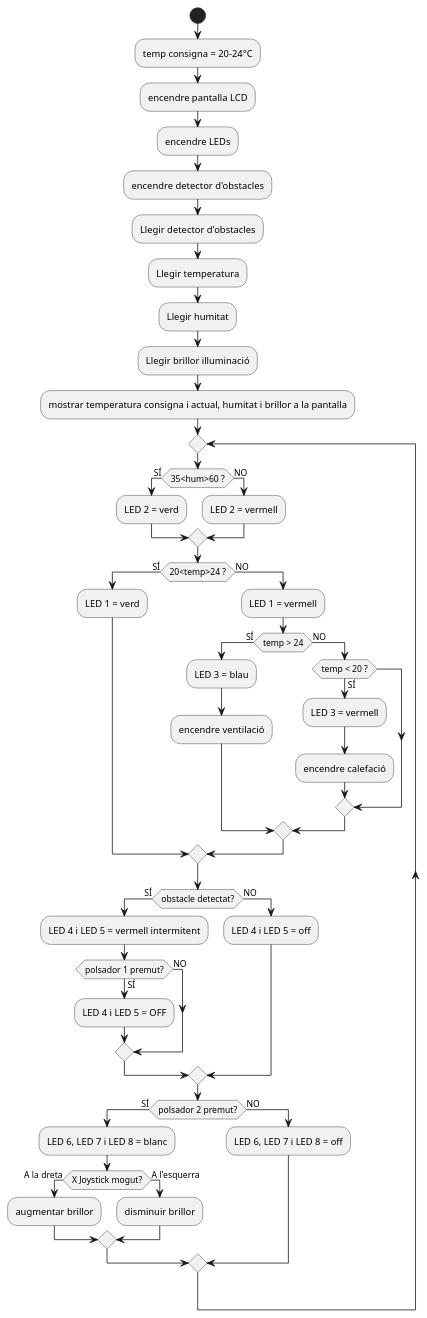
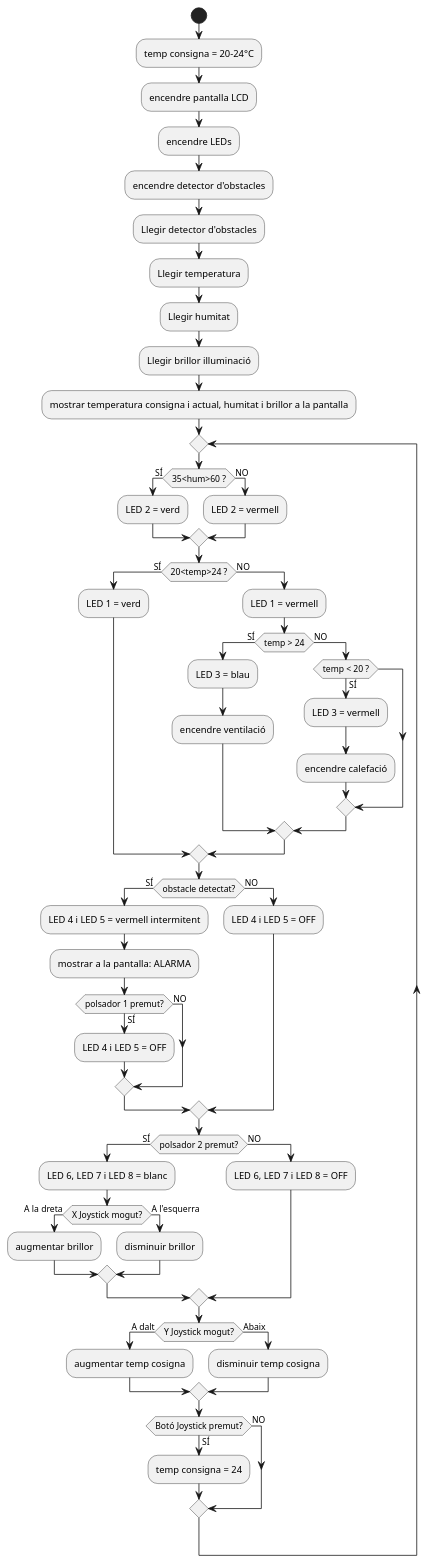
One commit to alex-touza/casa-domotica changed the diagram in diagrams/flux.puml. Above: the diagram before and after it, drawn with PlantUML. The commit also changed other lines of this file, not shown here.

```diff
--- a/diagrams/flux.puml
+++ b/diagrams/flux.puml
@@ -1,61 +1,78 @@
 @startuml
 Start;
 :temp consigna = 20-24°C;
 :encendre pantalla LCD;
 :encendre LEDs;
 :encendre detector d'obstacles;
 :Llegir detector d'obstacles;
 :Llegir temperatura;
 :Llegir humitat;
 :Llegir brillor illuminació;
 :mostrar temperatura consigna i actual, humitat i brillor a la pantalla;
 repeat
 if (35<hum>60 ?) then (SÍ)
  ->
  :LED 2 = verd;
  else (NO)
  ->
  :LED 2 = vermell;
 endif
 if (20<temp>24 ?) then (SÍ)
  ->
  :LED 1 = verd;
  else (NO)
  -> 
  :LED 1 = vermell;
 if (temp > 24) then (SÍ)
   ->
   :LED 3 = blau;
   :encendre ventilació;
   else (NO)
    if (temp < 20 ?) then (SÍ)
    -> 
    :LED 3 = vermell;
    :encendre calefació;
 endif
 endif
 endif
 if (obstacle detectat?) then (SÍ)
  ->
  :LED 4 i LED 5 = vermell intermitent;
+ :mostrar a la pantalla: ALARMA;
  if (polsador 1 premut?) then (SÍ)
   ->
   :LED 4 i LED 5 = OFF;
   else (NO)
  endif
  else (NO)
- :LED 4 i LED 5 = off;
+ ->
+ :LED 4 i LED 5 = OFF;
 endif
 if (polsador 2 premut?) then (SÍ)
  -> 
  :LED 6, LED 7 i LED 8 = blanc;
   if (X Joystick mogut?) then (A la dreta)
+  ->
   :augmentar brillor;
   else (A l'esquerra)
+  ->
   :disminuir brillor;
   endif
  else (NO)
- :LED 6, LED 7 i LED 8 = off;
+ ->
+ :LED 6, LED 7 i LED 8 = OFF;
+endif
+if (Y Joystick mogut?) then (A dalt)
+ ->
+ :augmentar temp cosigna;
+else (Abaix)
+ ->
+ :disminuir temp cosigna;
+endif
+if (Botó Joystick premut?) then (SÍ)
+ ->
+ :temp consigna = 24;
+else (NO)
 endif
 
 @enduml
```
